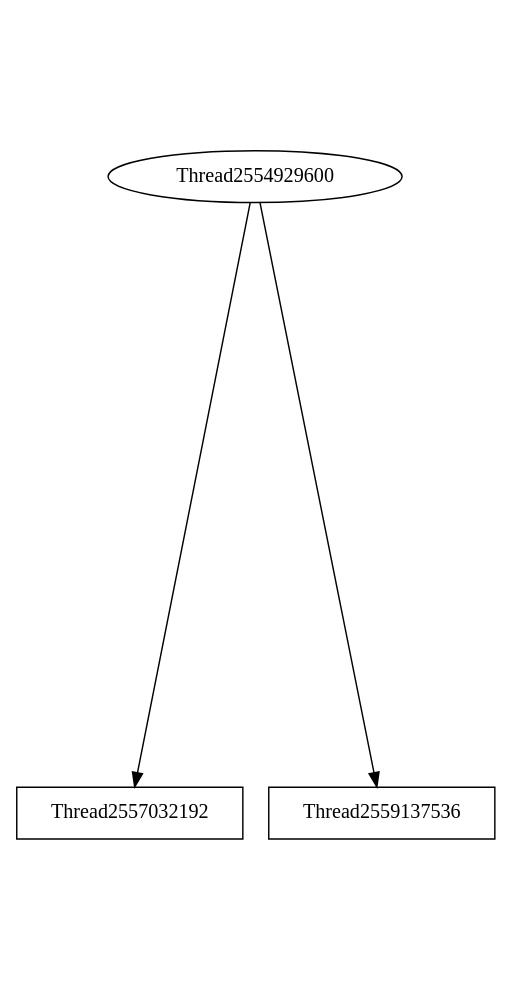
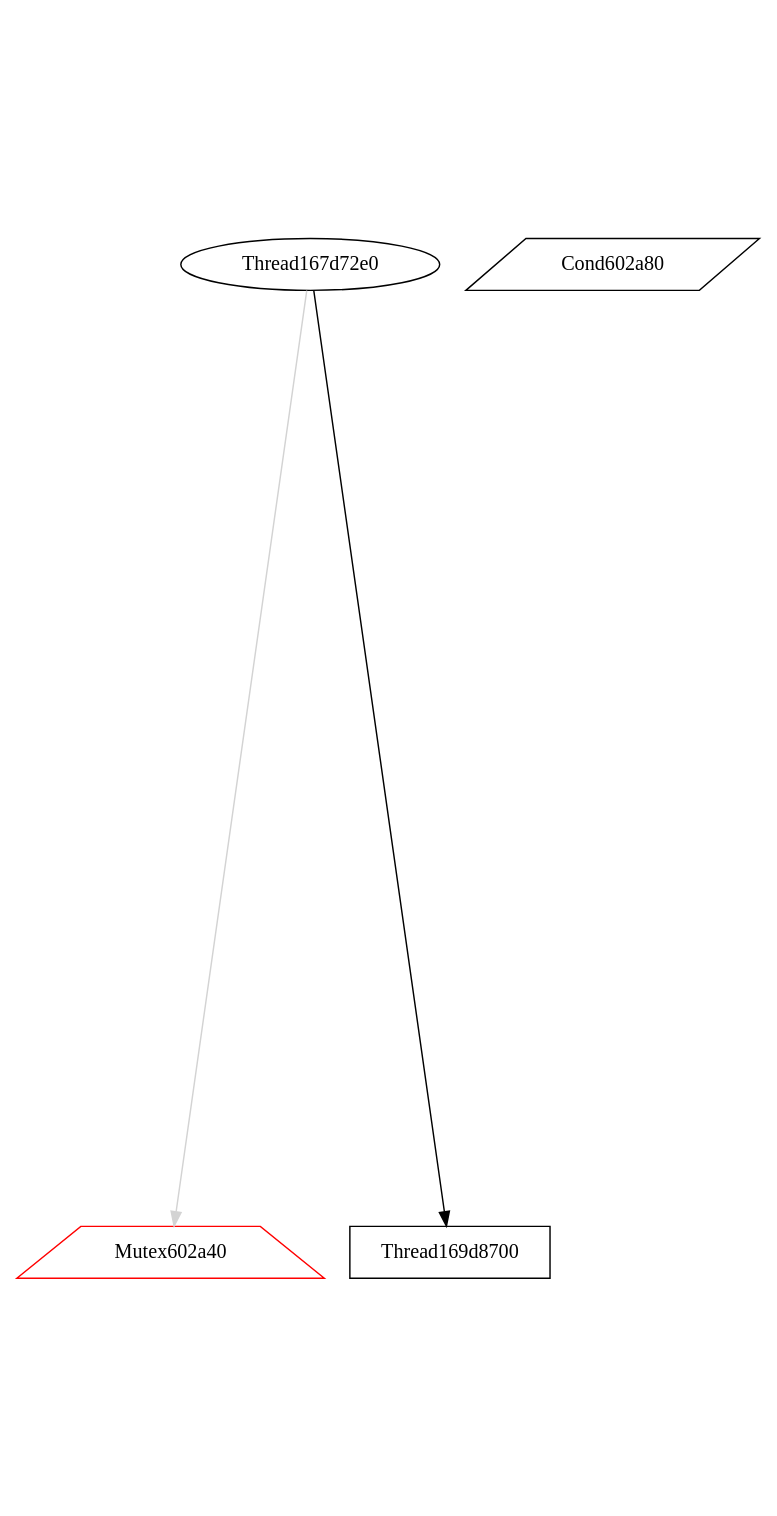
The diagram in view/dot/graph047.dot (v4o6/cs410), drawn with Graphviz before and after one commit. The commit also changed 200 other files, not shown here.

```diff
--- a/view/dot/graph047.dot
+++ b/view/dot/graph047.dot
@@ -1,7 +1,8 @@
 digraph G {
 graph[center=true, ratio=2];
-Thread2554929600 -> Thread2557032192 [arrowhead=normal];
-Thread2554929600 -> Thread2559137536 [arrowhead=normal];
-Thread2557032192 [shape=box,color=black];
-Thread2559137536 [shape=box,color=black];
+Mutex602a40 [shape=trapezium,color=red];
+Cond602a80 [shape=parallelogram,color=black];
+Thread169d8700 [shape=box,color=black];
+Thread167d72e0 -> Mutex602a40 [arrowhead=normal,color=lightgray];
+Thread167d72e0 -> Thread169d8700 [arrowhead=normal];
 }
```
